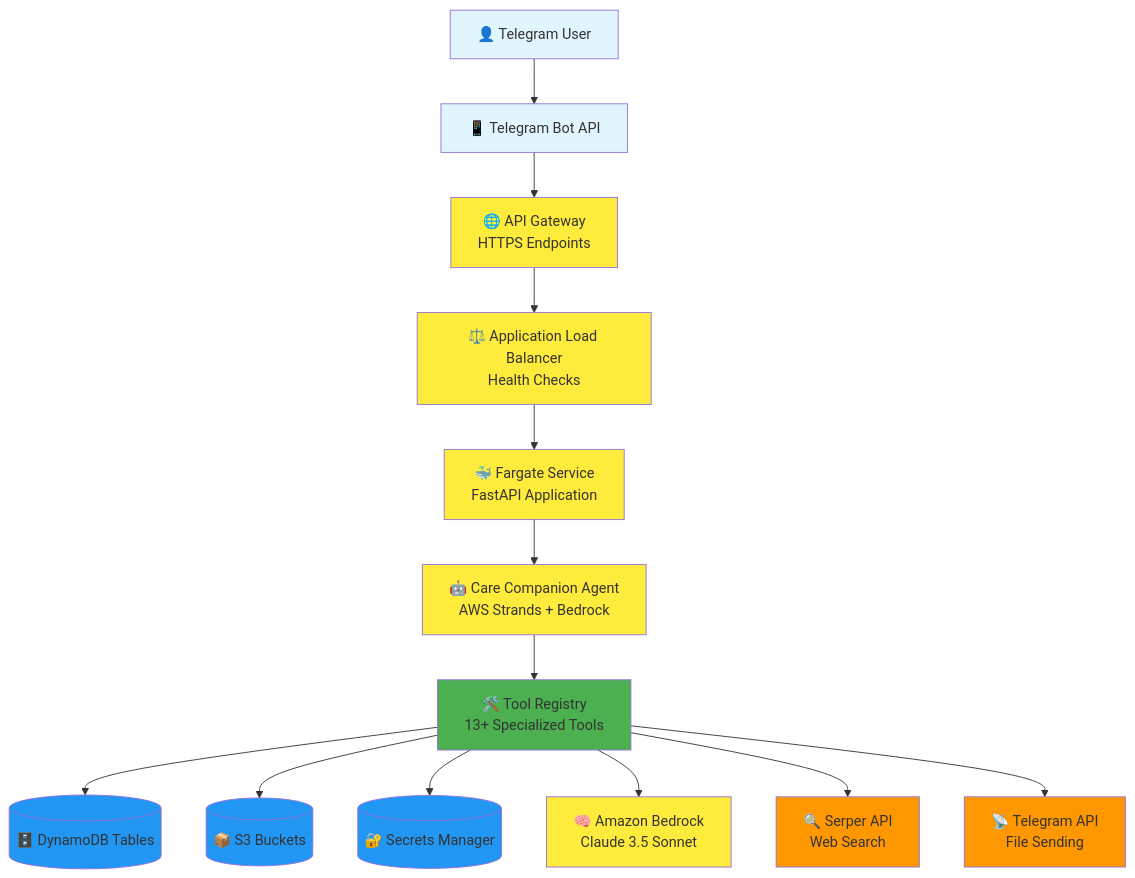
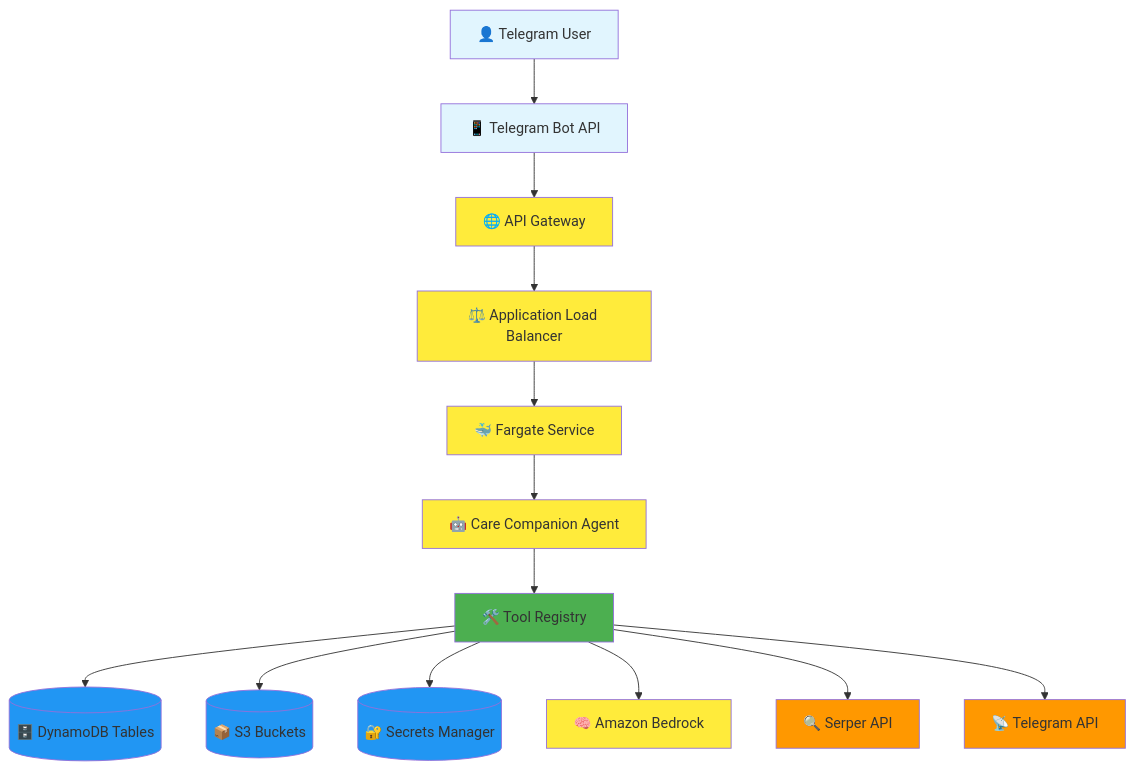
One commit to OurMultiverseOfMadness/Ctrl-Alt-Heal changed the first of 5 diagrams in docs/architecture-diagram.md. Above: the diagram before and after it, drawn with Mermaid. The commit also changed other lines of this file and 3 other files, not shown here.

First line of the commit message:
fix: Resolve Mermaid diagram rendering issues across documentation

````diff
--- a/docs/architecture-diagram.md
+++ b/docs/architecture-diagram.md
@@ -5,43 +5,28 @@
 ```mermaid
 graph TB
-    %% External Users
-    User[👤 Telegram User] --> TG[📱 Telegram Bot API]
-
-    %% API Gateway Layer
-    TG --> AGW[🌐 API Gateway<br/>HTTPS Endpoints]
-
-    %% Load Balancer
-    AGW --> ALB[⚖️ Application Load Balancer<br/>Health Checks]
-
-    %% Fargate Service
-    ALB --> Fargate[🐳 Fargate Service<br/>FastAPI Application]
-
-    %% Agent Layer
-    Fargate --> Agent[🤖 Care Companion Agent<br/>AWS Strands + Bedrock]
-
-    %% Tools Layer
-    Agent --> Tools[🛠️ Tool Registry<br/>13+ Specialized Tools]
-
-    %% Infrastructure Services
-    Tools --> DynamoDB[(🗄️ DynamoDB Tables)]
-    Tools --> S3[(📦 S3 Buckets)]
-    Tools --> Secrets[(🔐 Secrets Manager)]
-    Tools --> Bedrock[🧠 Amazon Bedrock<br/>Claude 3.5 Sonnet]
-
-    %% External APIs
-    Tools --> Serper[🔍 Serper API<br/>Web Search]
-    Tools --> TelegramAPI[📡 Telegram API<br/>File Sending]
+    User["👤 Telegram User"] --> TG["📱 Telegram Bot API"]
+    TG --> AGW["🌐 API Gateway"]
+    AGW --> ALB["⚖️ Application Load Balancer"]
+    ALB --> Fargate["🐳 Fargate Service"]
+    Fargate --> Agent["🤖 Care Companion Agent"]
+    Agent --> Tools["🛠️ Tool Registry"]
+    Tools --> DynamoDB[("🗄️ DynamoDB Tables")]
+    Tools --> S3[("📦 S3 Buckets")]
+    Tools --> Secrets[("🔐 Secrets Manager")]
+    Tools --> Bedrock["🧠 Amazon Bedrock"]
+    Tools --> Serper["🔍 Serper API"]
+    Tools --> TelegramAPI["📡 Telegram API"]
 
     %% Data Flow Styling
     classDef external fill:#e1f5fe
     classDef aws fill:#ffeb3b
     classDef compute fill:#4caf50
     classDef storage fill:#2196f3
     classDef api fill:#ff9800
 
     class User,TG external
     class AGW,ALB,Fargate,Agent,Bedrock aws
     class Tools compute
     class DynamoDB,S3,Secrets storage
     class Serper,TelegramAPI api
 ```
````
